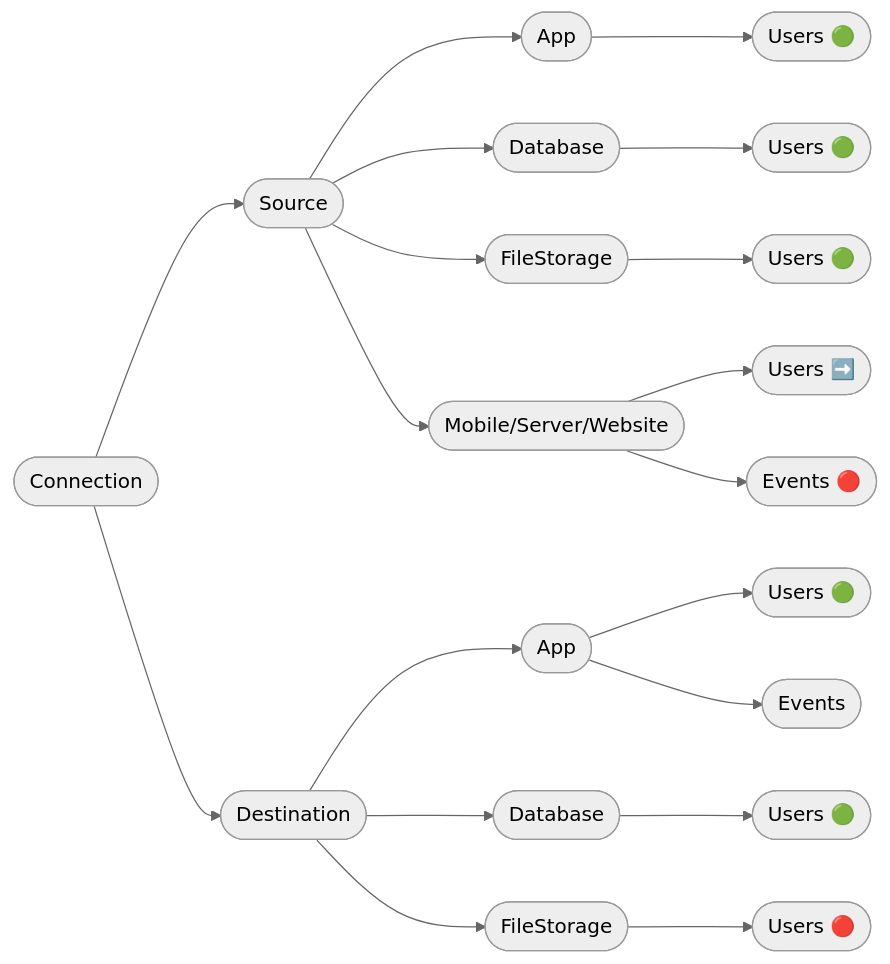
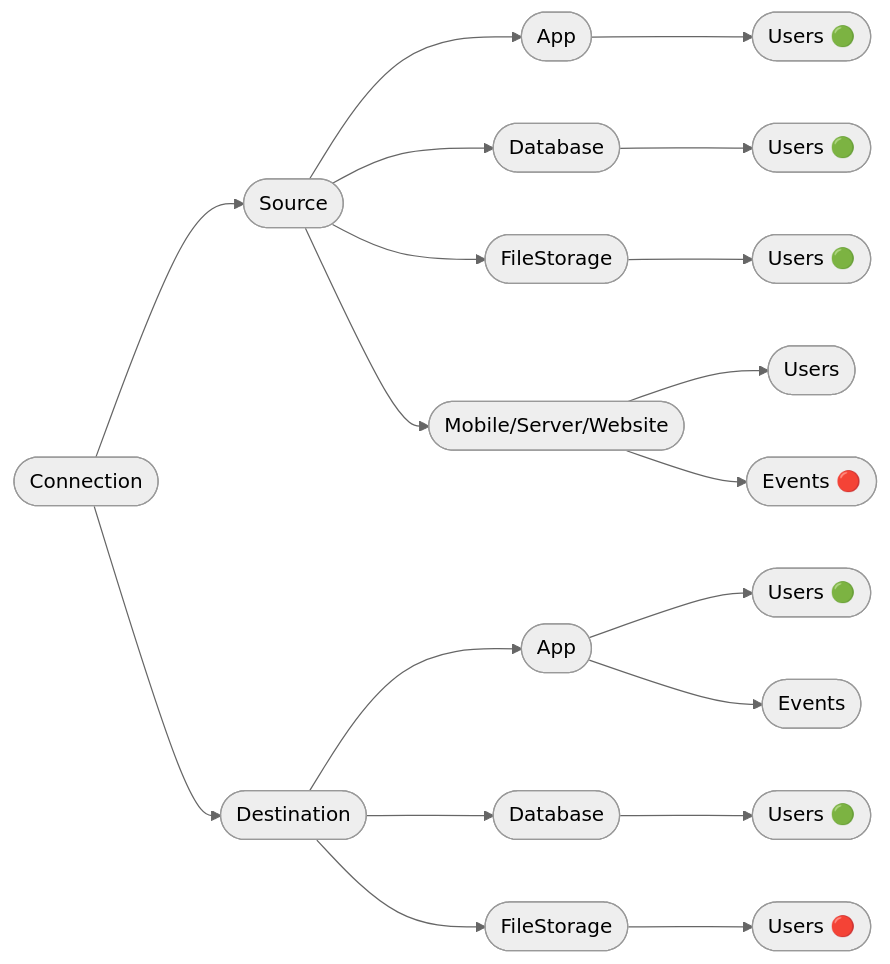
Before and after one commit to krenalis/krenalis: the diagram in apis/Actions.md, drawn with Mermaid. The commit also changed other lines of this file and 4 other files, not shown here.

First line of the commit message:
apis, assets: support transf. functions when importing users from events

````diff
--- a/apis/Actions.md
+++ b/apis/Actions.md
@@ -44,24 +43,24 @@
 ```mermaid
 %%{init: {'theme':'neutral'}}%%
 graph LR
 
 	conn([Connection]) --> source([Source])
 	conn --> dest([Destination])
 	
 	source --> source_app(["App"]) --> source_app_users(["Users 🟢"])
 	source --> source_db(["Database"]) --> source_db_users(["Users 🟢"])
 	source --> source_fileStorage(["FileStorage"]) --> source_fileStorage_users(["Users 🟢"])
 	source --> source_events_based([Mobile/Server/Website])
 	
-	source_events_based --> source_events_based_users(["Users ➡️"])
+	source_events_based --> source_events_based_users(["Users"])
 	source_events_based --> source_events_based_events(["Events 🔴"])
 	
 	dest --> dest_app([App])
 	dest --> dest_db(["Database"]) --> dest_db_users(["Users 🟢"])
 	dest --> dest_fileStorage(["FileStorage"]) --> dest_fileStorage_users(["Users 🔴"])
 	
 	dest_app --> dest_app_users(["Users 🟢"])
 	dest_app --> dest_app_events([Events])
 	
 
 ```
````
